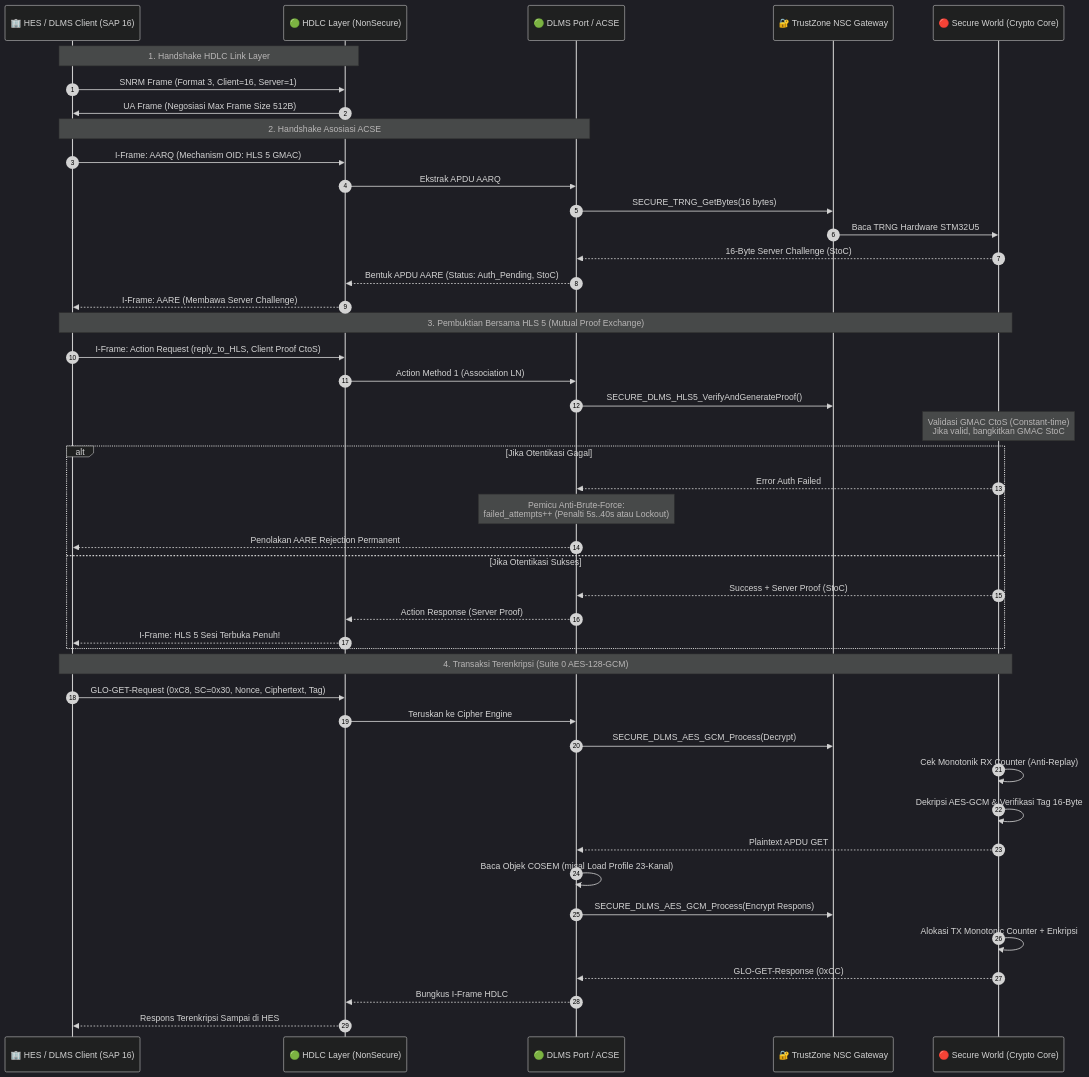
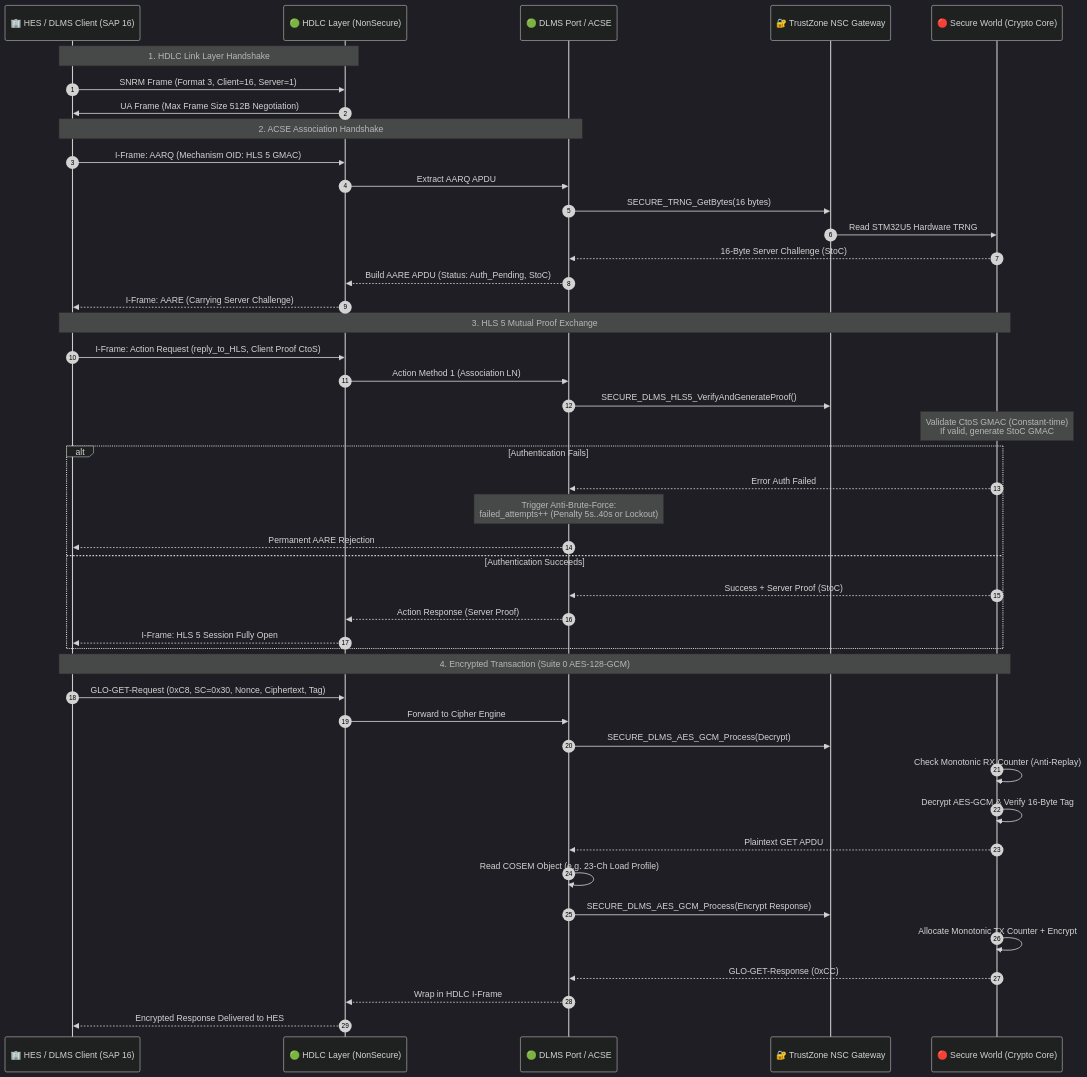
The second of 4 diagrams in docs/Architecture diagram for Project.md (harrynurisnandar1-oss/STM32U585VIT6_SM), drawn with Mermaid (dark theme) before and after one commit. The commit also changed other lines of this file and 9 other files, not shown here.

````diff
--- a/docs/Architecture diagram for Project.md
+++ b/docs/Architecture diagram for Project.md
@@ -87,51 +87,51 @@
 ```mermaid
 sequenceDiagram
     autonumber
     participant Client as 🏢 HES / DLMS Client (SAP 16)
     participant HDLC as 🟢 HDLC Layer (NonSecure)
     participant Port as 🟢 DLMS Port / ACSE
     participant NSC as 🔐 TrustZone NSC Gateway
     participant Secure as 🔴 Secure World (Crypto Core)
 
-    Note over Client,HDLC: 1. Handshake HDLC Link Layer
+    Note over Client,HDLC: 1. HDLC Link Layer Handshake
     Client->>HDLC: SNRM Frame (Format 3, Client=16, Server=1)
-    HDLC->>Client: UA Frame (Negosiasi Max Frame Size 512B)
+    HDLC->>Client: UA Frame (Max Frame Size 512B Negotiation)
 
-    Note over Client,Port: 2. Handshake Asosiasi ACSE
+    Note over Client,Port: 2. ACSE Association Handshake
     Client->>HDLC: I-Frame: AARQ (Mechanism OID: HLS 5 GMAC)
-    HDLC->>Port: Ekstrak APDU AARQ
+    HDLC->>Port: Extract AARQ APDU
     Port->>NSC: SECURE_TRNG_GetBytes(16 bytes)
-    NSC->>Secure: Baca TRNG Hardware STM32U5
+    NSC->>Secure: Read STM32U5 Hardware TRNG
     Secure-->>Port: 16-Byte Server Challenge (StoC)
-    Port-->>HDLC: Bentuk APDU AARE (Status: Auth_Pending, StoC)
-    HDLC-->>Client: I-Frame: AARE (Membawa Server Challenge)
+    Port-->>HDLC: Build AARE APDU (Status: Auth_Pending, StoC)
+    HDLC-->>Client: I-Frame: AARE (Carrying Server Challenge)
 
-    Note over Client,Secure: 3. Pembuktian Bersama HLS 5 (Mutual Proof Exchange)
+    Note over Client,Secure: 3. HLS 5 Mutual Proof Exchange
     Client->>HDLC: I-Frame: Action Request (reply_to_HLS, Client Proof CtoS)
     HDLC->>Port: Action Method 1 (Association LN)
     Port->>NSC: SECURE_DLMS_HLS5_VerifyAndGenerateProof()
-    Note over Secure: Validasi GMAC CtoS (Constant-time)<br/>Jika valid, bangkitkan GMAC StoC
-    alt Jika Otentikasi Gagal
+    Note over Secure: Validate CtoS GMAC (Constant-time)<br/>If valid, generate StoC GMAC
+    alt Authentication Fails
         Secure-->>Port: Error Auth Failed
-        Note over Port: Pemicu Anti-Brute-Force:<br/>failed_attempts++ (Penalti 5s..40s atau Lockout)
-        Port-->>Client: Penolakan AARE Rejection Permanent
-    else Jika Otentikasi Sukses
+        Note over Port: Trigger Anti-Brute-Force:<br/>failed_attempts++ (Penalty 5s..40s or Lockout)
+        Port-->>Client: Permanent AARE Rejection
+    else Authentication Succeeds
         Secure-->>Port: Success + Server Proof (StoC)
         Port-->>HDLC: Action Response (Server Proof)
-        HDLC-->>Client: I-Frame: HLS 5 Sesi Terbuka Penuh!
+        HDLC-->>Client: I-Frame: HLS 5 Session Fully Open
     end
 
-    Note over Client,Secure: 4. Transaksi Terenkripsi (Suite 0 AES-128-GCM)
+    Note over Client,Secure: 4. Encrypted Transaction (Suite 0 AES-128-GCM)
     Client->>HDLC: GLO-GET-Request (0xC8, SC=0x30, Nonce, Ciphertext, Tag)
-    HDLC->>Port: Teruskan ke Cipher Engine
+    HDLC->>Port: Forward to Cipher Engine
     Port->>NSC: SECURE_DLMS_AES_GCM_Process(Decrypt)
-    Secure->>Secure: Cek Monotonik RX Counter (Anti-Replay)
-    Secure->>Secure: Dekripsi AES-GCM & Verifikasi Tag 16-Byte
-    Secure-->>Port: Plaintext APDU GET
-    Port->>Port: Baca Objek COSEM (misal Load Profile 23-Kanal)
-    Port->>NSC: SECURE_DLMS_AES_GCM_Process(Encrypt Respons)
-    Secure->>Secure: Alokasi TX Monotonic Counter + Enkripsi
+    Secure->>Secure: Check Monotonic RX Counter (Anti-Replay)
+    Secure->>Secure: Decrypt AES-GCM & Verify 16-Byte Tag
+    Secure-->>Port: Plaintext GET APDU
+    Port->>Port: Read COSEM Object (e.g. 23-Ch Load Profile)
+    Port->>NSC: SECURE_DLMS_AES_GCM_Process(Encrypt Response)
+    Secure->>Secure: Allocate Monotonic TX Counter + Encrypt
     Secure-->>Port: GLO-GET-Response (0xCC)
-    Port-->>HDLC: Bungkus I-Frame HDLC
-    HDLC-->>Client: Respons Terenkripsi Sampai di HES
+    Port-->>HDLC: Wrap in HDLC I-Frame
+    HDLC-->>Client: Encrypted Response Delivered to HES
 ```
````
